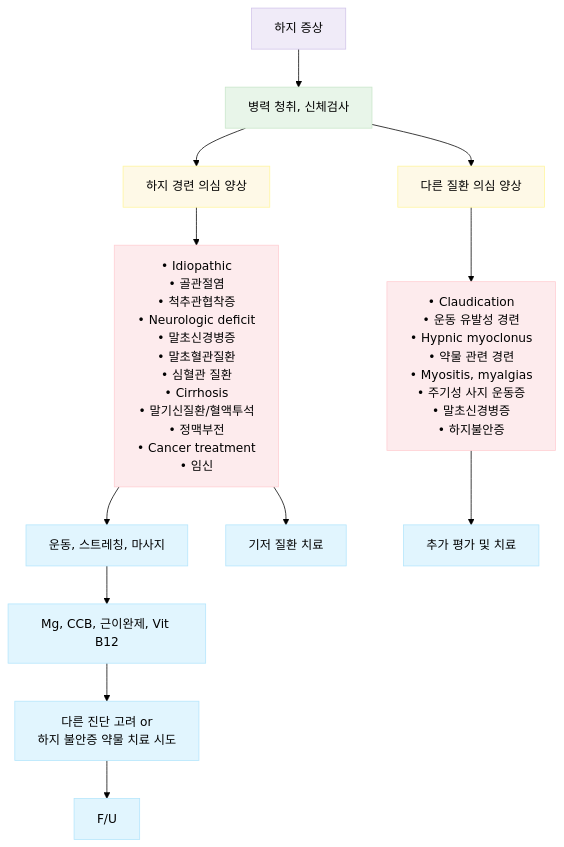
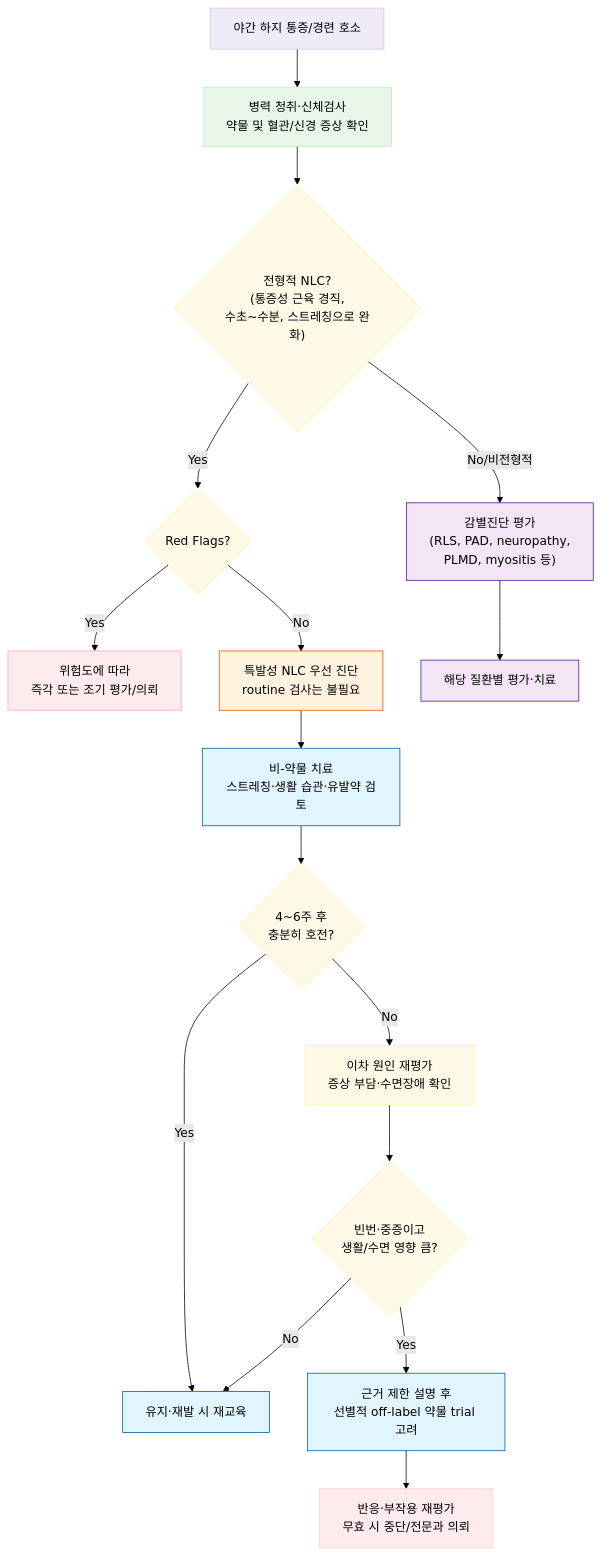
The diagram in 228_/148_-nocturnal-leg-cramp.md (familyoh77/familyoh77), drawn with Mermaid (forest theme) before and after one commit. The commit also changed other lines of this file, not shown here.

````diff
--- a/228_/148_-nocturnal-leg-cramp.md
+++ b/228_/148_-nocturnal-leg-cramp.md
@@ -34,33 +92,34 @@
 ```mermaid
 graph TD
-    A["하지 증상"] --> B["병력 청취, 신체검사"]
-
-    B --> C["하지 경련 의심 양상"]
-    B --> D["다른 질환 의심 양상"]
-
-    C --> C1["• Idiopathic<br/>• 골관절염<br/>• 척추관협착증<br/>• Neurologic deficit<br/>• 말초신경병증<br/>• 말초혈관질환<br/>• 심혈관 질환<br/>• Cirrhosis<br/>• 말기신질환/혈액투석<br/>• 정맥부전<br/>• Cancer treatment<br/>• 임신"]
-
-    D --> D1["• Claudication<br/>• 운동 유발성 경련<br/>• Hypnic myoclonus<br/>• 약물 관련 경련<br/>• Myositis, myalgias<br/>• 주기성 사지 운동증<br/>• 말초신경병증<br/>• 하지불안증"]
-
-    C1 --> E["운동, 스트레칭, 마사지"]
-    C1 --> F["기저 질환 치료"]
-
-    E --> G["Mg, CCB, 근이완제, Vit B12"]
-    G --> H["다른 진단 고려 or<br/>하지 불안증 약물 치료 시도"]
-    H --> I["F/U"]
-
-    D1 --> J["추가 평가 및 치료"]
+    A["야간 하지 통증/경련 호소"] --> B["병력 청취·신체검사<br/>약물 및 혈관/신경 증상 확인"]
+    B --> C{"전형적 NLC?<br/>(통증성 근육 경직,<br/>수초~수분, 스트레칭으로 완화)"}
+    C -->|No/비전형적| E["감별진단 평가<br/>(RLS, PAD, neuropathy,<br/>PLMD, myositis 등)"]
+    C -->|Yes| D{"Red Flags?"}
+    D -->|Yes| F["위험도에 따라<br/>즉각 또는 조기 평가/의뢰"]
+    D -->|No| G["특발성 NLC 우선 진단<br/>routine 검사는 불필요"]
+    G --> H["비-약물 치료<br/>스트레칭·생활 습관·유발약 검토"]
+    H --> I{"4~6주 후<br/>충분히 호전?"}
+    I -->|Yes| J["유지·재발 시 재교육"]
+    I -->|No| K["이차 원인 재평가<br/>증상 부담·수면장애 확인"]
+    K --> L{"빈번·중증이고<br/>생활/수면 영향 큼?"}
+    L -->|No| J
+    L -->|Yes| M["근거 제한 설명 후<br/>선별적 off-label 약물 trial 고려"]
+    M --> N["반응·부작용 재평가<br/>무효 시 중단/전문과 의뢰"]
+    E --> O["해당 질환별 평가·치료"]
 
     style A fill:#f0ebf8,stroke:#d1c4e9,stroke-width:1px
     style B fill:#e8f5e9,stroke:#c8e6c9,stroke-width:1px
     style C fill:#fef9e7,stroke:#fff59d,stroke-width:1px
     style D fill:#fef9e7,stroke:#fff59d,stroke-width:1px
-    style C1 fill:#fdebed,stroke:#ffcdd2,stroke-width:1px
-    style D1 fill:#fdebed,stroke:#ffcdd2,stroke-width:1px
-    style E fill:#e1f5fe,stroke:#b3e5fc,stroke-width:1px
-    style F fill:#e1f5fe,stroke:#b3e5fc,stroke-width:1px
-    style G fill:#e1f5fe,stroke:#b3e5fc,stroke-width:1px
-    style H fill:#e1f5fe,stroke:#b3e5fc,stroke-width:1px
-    style I fill:#e1f5fe,stroke:#b3e5fc,stroke-width:1px
-    style J fill:#e1f5fe,stroke:#b3e5fc,stroke-width:1px
+    style E fill:#f3e5f5,stroke:#4a148c,stroke-width:1px
+    style F fill:#fdebed,stroke:#ffcdd2,stroke-width:2px
+    style G fill:#fff3e0,stroke:#e65100,stroke-width:1px
+    style H fill:#e1f5fe,stroke:#01579b,stroke-width:1px
+    style I fill:#fef9e7,stroke:#fff59d,stroke-width:1px
+    style J fill:#e1f5fe,stroke:#01579b,stroke-width:1px
+    style K fill:#fef9e7,stroke:#fff59d,stroke-width:1px
+    style L fill:#fef9e7,stroke:#fff59d,stroke-width:1px
+    style M fill:#e1f5fe,stroke:#01579b,stroke-width:1px
+    style N fill:#fdebed,stroke:#ffcdd2,stroke-width:1px
+    style O fill:#f3e5f5,stroke:#4a148c,stroke-width:1px
 ```
````
